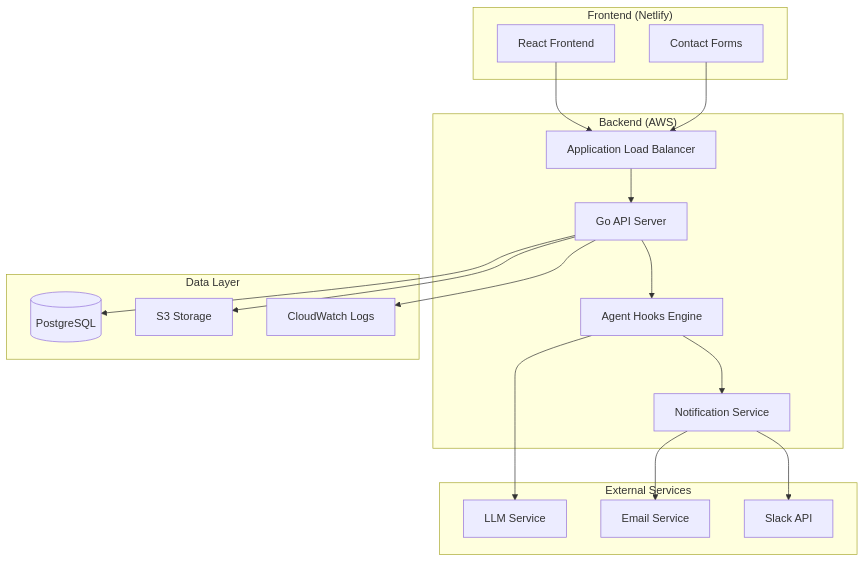
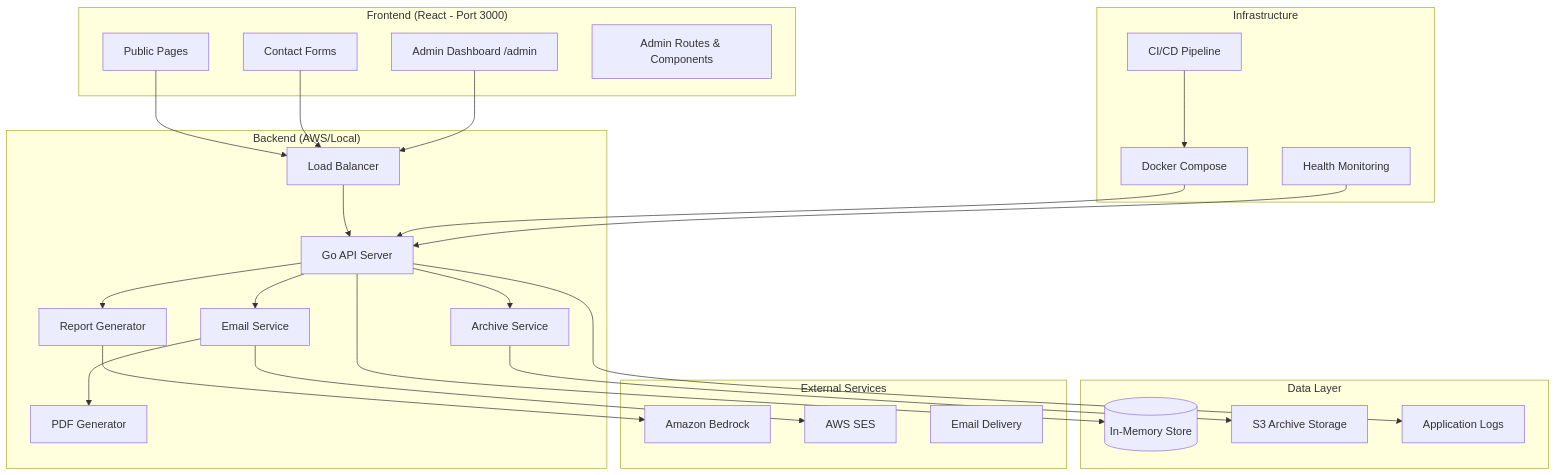
The first of 5 diagrams in .kiro/specs/cloud-consulting-backend/design.md (Tetianamost/cloud-consulting-business), drawn with Mermaid before and after one commit. The commit also changed other lines of this file and 7 other files, not shown here.

````diff
--- a/.kiro/specs/cloud-consulting-backend/design.md
+++ b/.kiro/specs/cloud-consulting-backend/design.md
@@ -13,38 +15,54 @@
 ```mermaid
 graph TB
-    subgraph "Frontend (Netlify)"
-        RF[React Frontend]
+    subgraph "Frontend (React - Port 3000)"
+        RF[Public Pages]
         CF[Contact Forms]
+        AF[Admin Dashboard /admin]
+        AR[Admin Routes & Components]
     end
     
-    subgraph "Backend (AWS)"
-        ALB[Application Load Balancer]
+    subgraph "Backend (AWS/Local)"
+        ALB[Load Balancer]
         API[Go API Server]
-        AH[Agent Hooks Engine]
-        NS[Notification Service]
+        RG[Report Generator]
+        ES[Email Service]
+        AS[Archive Service]
+        PDF[PDF Generator]
     end
     
     subgraph "Data Layer"
-        DB[(PostgreSQL)]
-        S3[S3 Storage]
-        LOGS[CloudWatch Logs]
+        MEM[(In-Memory Store)]
+        S3[S3 Archive Storage]
+        LOGS[Application Logs]
     end
     
     subgraph "External Services"
-        LLM[LLM Service]
-        EMAIL[Email Service]
-        SLACK[Slack API]
+        BEDROCK[Amazon Bedrock]
+        SES[AWS SES]
+        SMTP[Email Delivery]
+    end
+    
+    subgraph "Infrastructure"
+        DOCKER[Docker Compose]
+        CI[CI/CD Pipeline]
+        MONITOR[Health Monitoring]
     end
     
     RF --> ALB
     CF --> ALB
+    AF --> ALB
     ALB --> API
-    API --> DB
-    API --> AH
-    AH --> LLM
-    AH --> NS
-    NS --> EMAIL
-    NS --> SLACK
-    API --> S3
+    API --> MEM
+    API --> RG
+    RG --> BEDROCK
+    API --> ES
+    ES --> SES
+    ES --> PDF
+    API --> AS
+    AS --> S3
     API --> LOGS
+    
+    DOCKER --> API
+    CI --> DOCKER
+    MONITOR --> API
 ```
````
